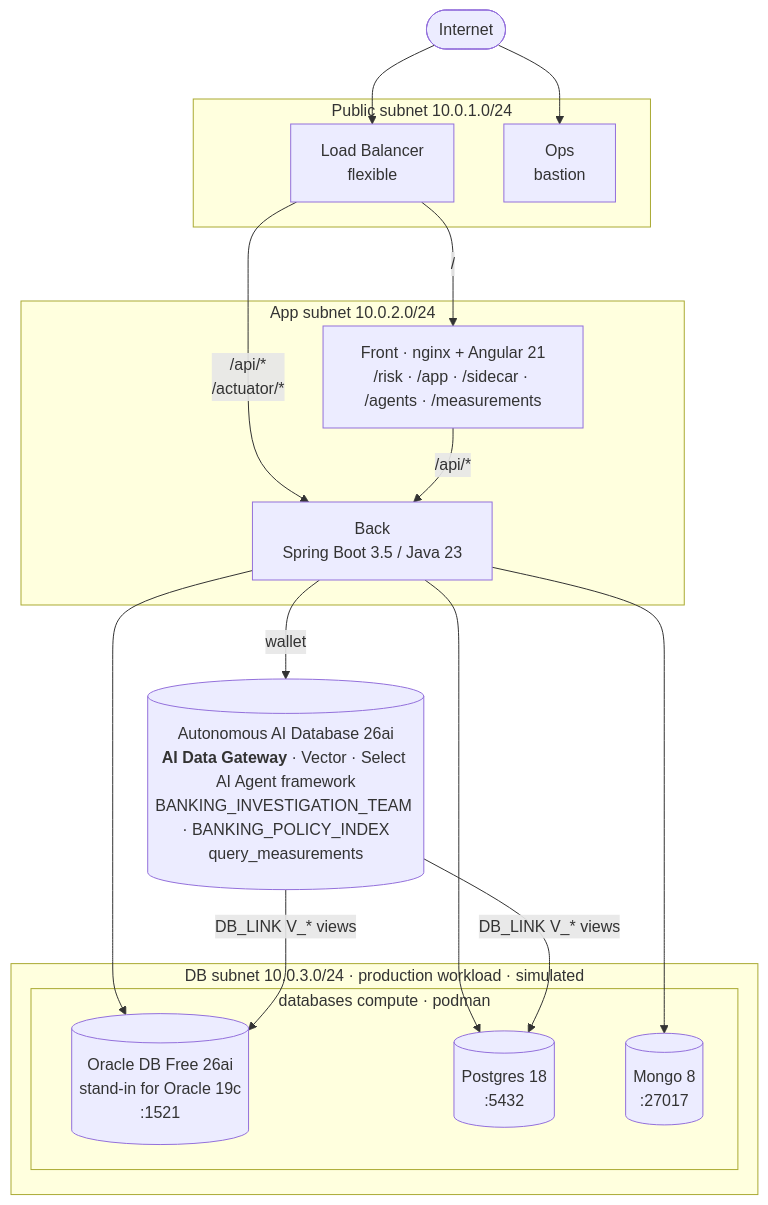
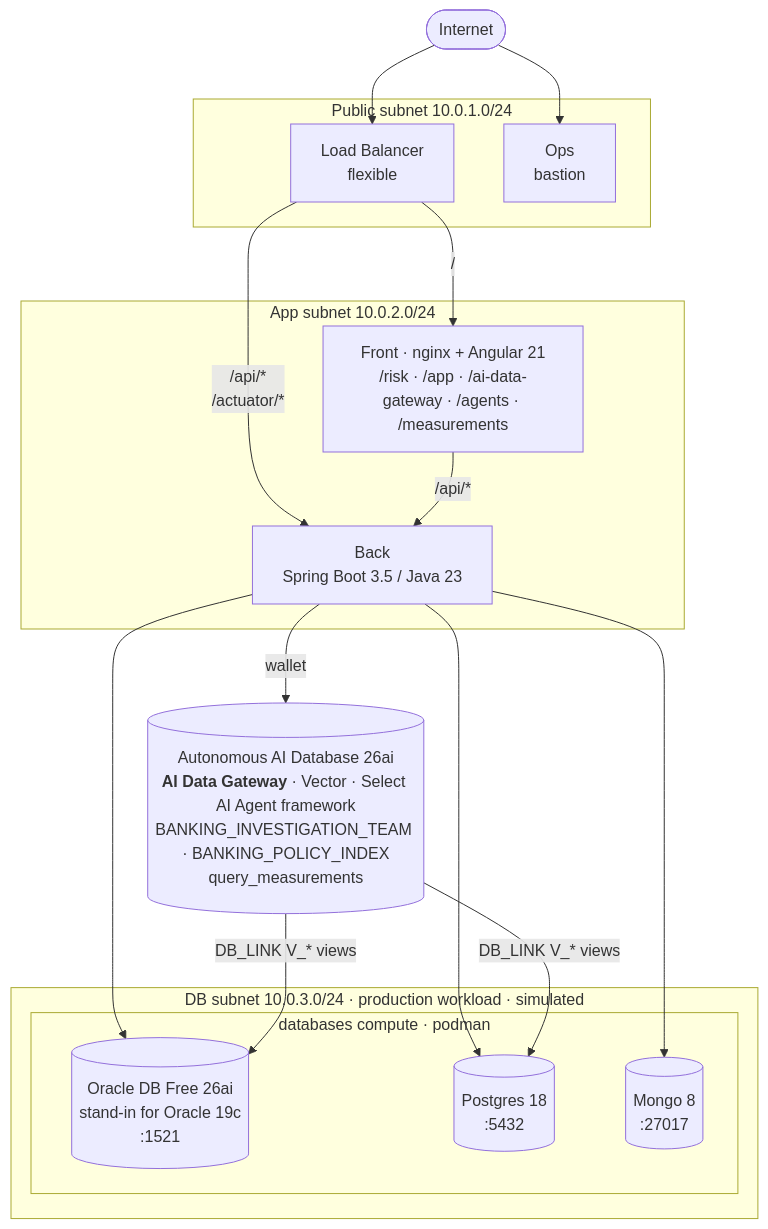
Before and after one commit to vmleon/oracle-adb-sidecar-architecture: the fourth of 4 diagrams in README.md, drawn with Mermaid. The commit also changed other lines of this file and 77 other files, not shown here.

Commit message:
refactor(naming): rename adbsidecar to aidatagateway across code + schema

````diff
--- a/README.md
+++ b/README.md
@@ -200,36 +200,36 @@
 ```mermaid
 flowchart TB
     internet([Internet])
 
     subgraph public [Public subnet 10.0.1.0/24]
         lb[Load Balancer<br/>flexible]
         ops[Ops<br/>bastion]
     end
 
     subgraph appnet [App subnet 10.0.2.0/24]
-        front["Front · nginx + Angular 21<br/>/risk · /app · /sidecar · /agents · /measurements"]
+        front["Front · nginx + Angular 21<br/>/risk · /app · /ai-data-gateway · /agents · /measurements"]
         back[Back<br/>Spring Boot 3.5 / Java 23]
     end
 
     subgraph dbnet [DB subnet 10.0.3.0/24 · production workload · simulated]
         subgraph databases [databases compute · podman]
             oracle[(Oracle DB Free 26ai<br/>stand-in for Oracle 19c<br/>:1521)]
             postgres[(Postgres 18<br/>:5432)]
             mongo[(Mongo 8<br/>:27017)]
         end
     end
 
     adb[(Autonomous AI Database 26ai<br/><b>AI Data Gateway</b> · Vector · Select AI Agent framework<br/>BANKING_INVESTIGATION_TEAM · BANKING_POLICY_INDEX<br/>query_measurements)]
 
     internet --> lb
     internet --> ops
     lb -->|/| front
     lb -->|/api/*<br/>/actuator/*| back
     front -->|/api/*| back
     back -->|wallet| adb
     back --> oracle
     back --> postgres
     back --> mongo
     adb -->|DB_LINK V_* views| oracle
     adb -->|DB_LINK V_* views| postgres
 ```
````
